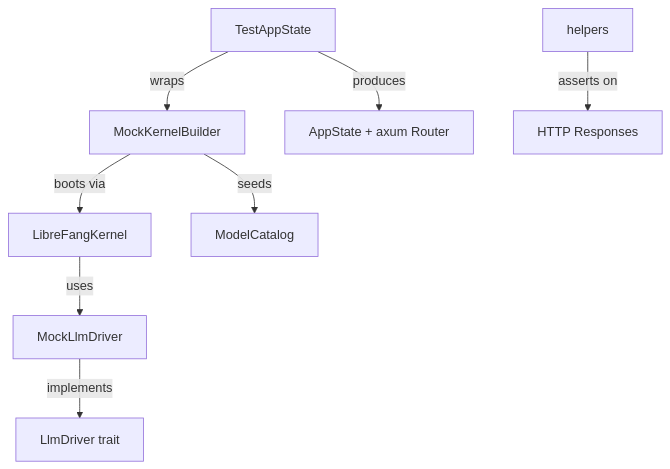
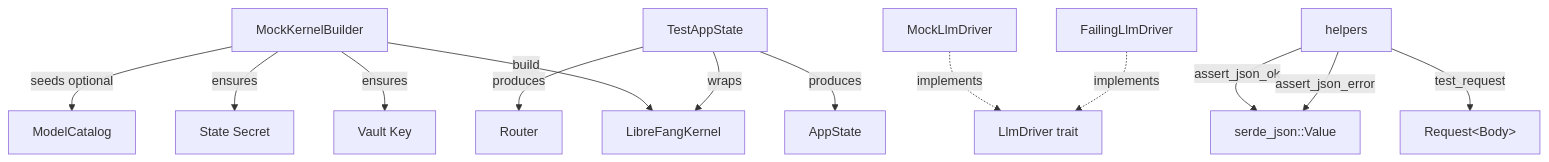
The diagram in infrastructure-libraries-librefang-testing-src.md (leszek3737/librefang-WIki), drawn with Mermaid before and after one commit. The commit also changed other lines of this file and 122 other files, not shown here.

````diff
--- a/infrastructure-libraries-librefang-testing-src.md
+++ b/infrastructure-libraries-librefang-testing-src.md
@@ -13,10 +9,15 @@
 ```mermaid
 graph TD
-    TA[TestAppState] -->|wraps| MKB[MockKernelBuilder]
-    TA -->|produces| APP[AppState + axum Router]
-    MKB -->|boots via| K[LibreFangKernel]
-    MKB -->|seeds| MC[ModelCatalog]
-    K -->|uses| MDB[MockLlmDriver]
-    MDB -->|implements| LD[LlmDriver trait]
-    H[helpers] -->|asserts on| RESP[HTTP Responses]
+    MKB[MockKernelBuilder] -->|build| K[LibreFangKernel]
+    MKB -->|ensures| VK[Vault Key]
+    MKB -->|ensures| SS[State Secret]
+    MKB -->|seeds optional| MC[ModelCatalog]
+    TA[TestAppState] -->|wraps| K
+    TA -->|produces| AS[AppState]
+    TA -->|produces| R[Router]
+    MD[MockLlmDriver] -.->|implements| LD[LlmDriver trait]
+    FD[FailingLlmDriver] -.->|implements| LD
+    H[helpers] -->|test_request| REQ[Request&lt;Body&gt;]
+    H -->|assert_json_ok| JV[serde_json::Value]
+    H -->|assert_json_error| JV
 ```
````
